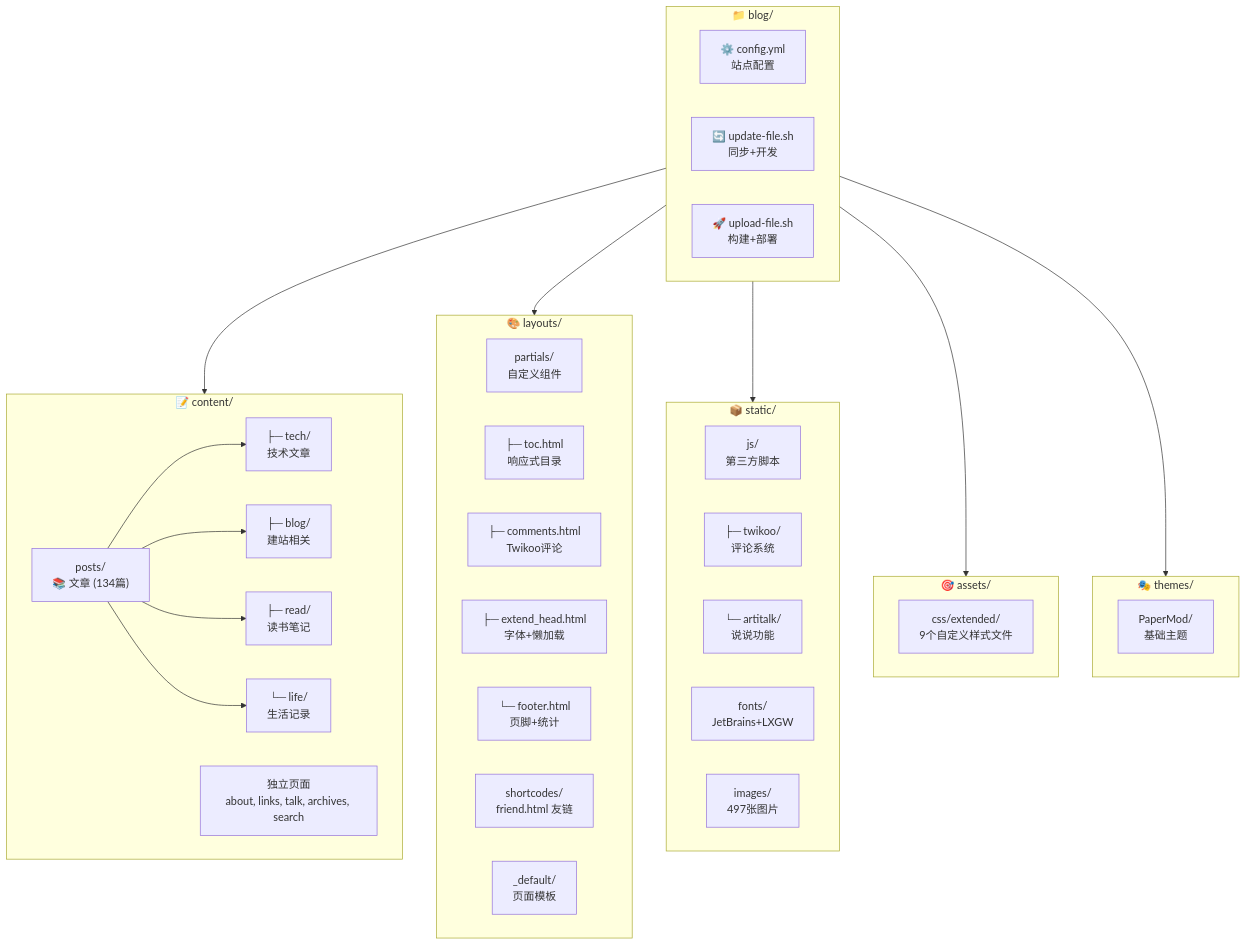
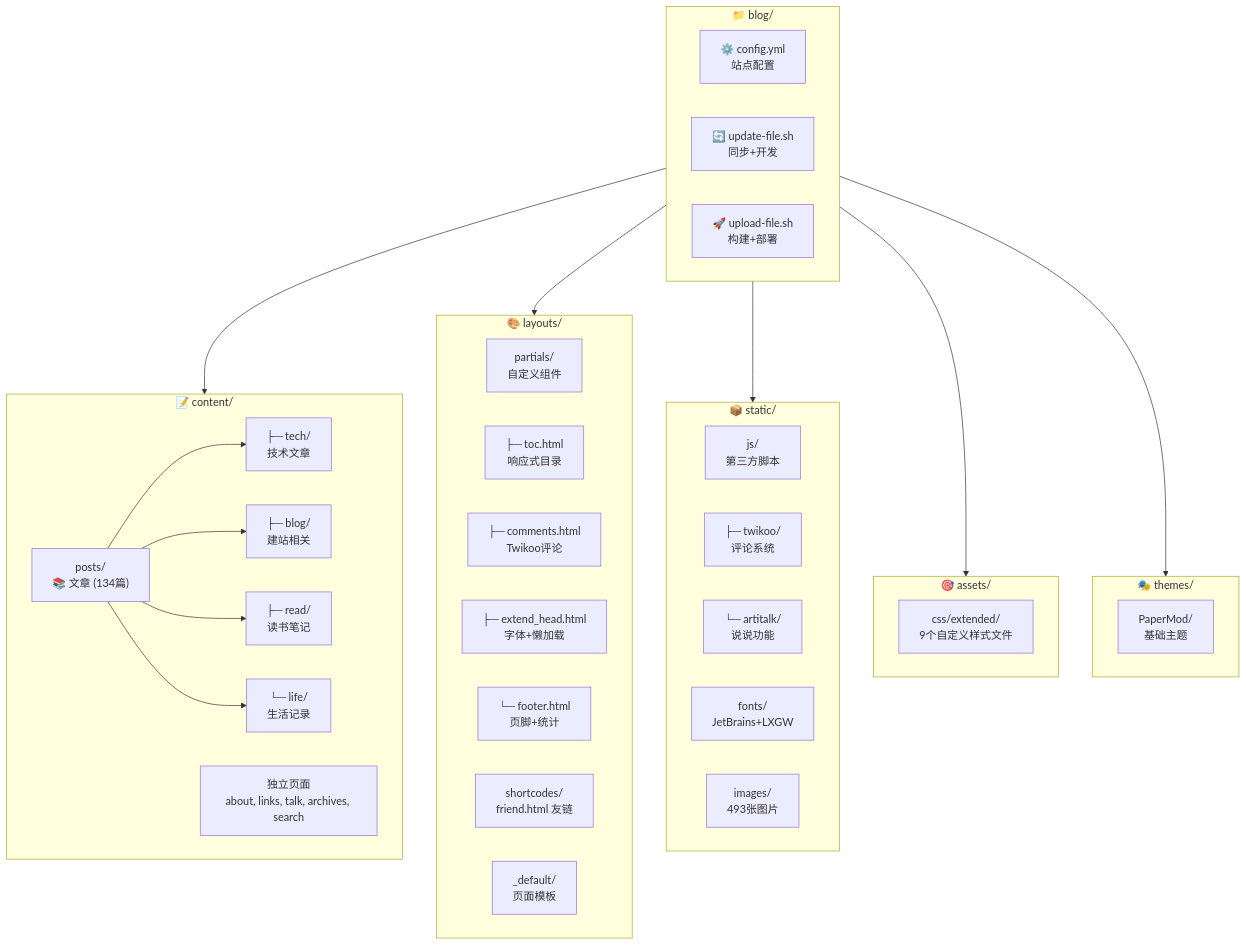
Before and after one commit to lvbibir/lvbibir.github.io: the diagram in CLAUDE.md, drawn with Mermaid. The commit also changed other lines of this file, not shown here.

````diff
--- a/CLAUDE.md
+++ b/CLAUDE.md
@@ -17,54 +46,54 @@
 ```mermaid
 graph TB
     subgraph Root["📁 blog/"]
         CONFIG["⚙️ config.yml<br/>站点配置"]
         UPDATE["🔄 update-file.sh<br/>同步+开发"]
         UPLOAD["🚀 upload-file.sh<br/>构建+部署"]
     end
 
     subgraph Content["📝 content/"]
         POSTS["posts/<br/>📚 文章 (134篇)"]
         TECH["├─ tech/<br/>技术文章"]
         BLOG["├─ blog/<br/>建站相关"]
         READ["├─ read/<br/>读书笔记"]
         LIFE["└─ life/<br/>生活记录"]
         PAGES["独立页面<br/>about, links, talk, archives, search"]
     end
 
     subgraph Layouts["🎨 layouts/"]
         PARTIALS["partials/<br/>自定义组件"]
         TOC["├─ toc.html<br/>响应式目录"]
         COMMENTS["├─ comments.html<br/>Twikoo评论"]
         EXTEND["├─ extend_head.html<br/>字体+懒加载"]
         FOOTER["└─ footer.html<br/>页脚+统计"]
         SHORTCODES["shortcodes/<br/>friend.html 友链"]
         DEFAULTS["_default/<br/>页面模板"]
     end
 
     subgraph Static["📦 static/"]
         JS["js/<br/>第三方脚本"]
         TWIKOO["├─ twikoo/<br/>评论系统"]
         ARTITALK["└─ artitalk/<br/>说说功能"]
         FONTS["fonts/<br/>JetBrains+LXGW"]
-        IMAGES["images/<br/>497张图片"]
+        IMAGES["images/<br/>493张图片"]
     end
 
     subgraph Assets["🎯 assets/"]
         CSS["css/extended/<br/>9个自定义样式文件"]
     end
 
     subgraph Theme["🎭 themes/"]
         PAPERMOD["PaperMod/<br/>基础主题"]
     end
 
     Root --> Content
     Root --> Layouts
     Root --> Static
     Root --> Assets
     Root --> Theme
 
     POSTS --> TECH
     POSTS --> BLOG
     POSTS --> READ
     POSTS --> LIFE
 ```
````
